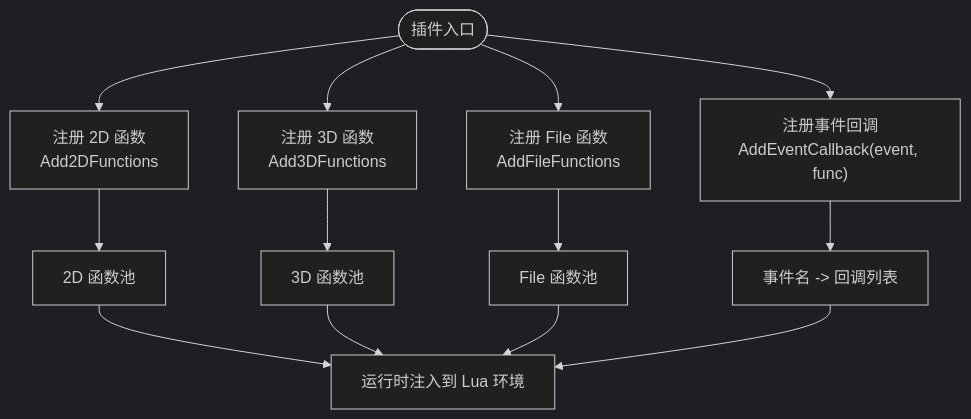
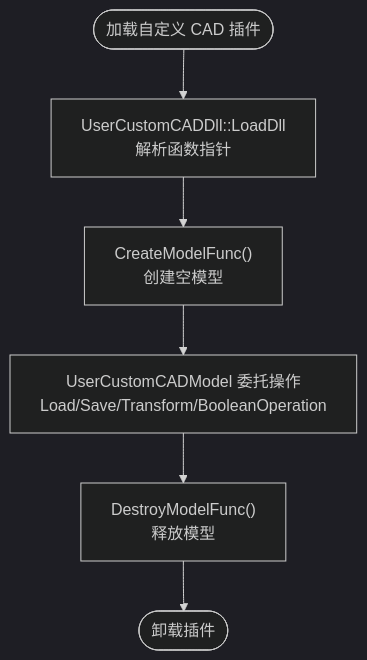
The fourth of 9 diagrams in .qoder/repowiki/zh/content/扩展开发指南/扩展开发指南.md (hsmbanlance/HsBaSlicer), drawn with Mermaid (dark theme) before and after one commit. The commit also changed other lines of this file and 1135 other files, not shown here.

````diff
--- a/.qoder/repowiki/zh/content/扩展开发指南/扩展开发指南.md
+++ b/.qoder/repowiki/zh/content/扩展开发指南/扩展开发指南.md
@@ -175,15 +188,8 @@
 ```mermaid
 flowchart TD
-Start(["插件入口"]) --> Reg2D["注册 2D 函数<br/>Add2DFunctions"]
-Start --> Reg3D["注册 3D 函数<br/>Add3DFunctions"]
-Start --> RegFile["注册 File 函数<br/>AddFileFunctions"]
-Start --> RegEvent["注册事件回调<br/>AddEventCallback(event, func)"]
-Reg2D --> Pool["2D 函数池"]
-Reg3D --> Pool3D["3D 函数池"]
-RegFile --> PoolFile["File 函数池"]
-RegEvent --> EventMap["事件名 -> 回调列表"]
-Pool --> Use["运行时注入到 Lua 环境"]
-Pool3D --> Use
-PoolFile --> Use
-EventMap --> Use
+Start(["加载自定义 CAD 插件"]) --> LoadDll["UserCustomCADDll::LoadDll<br/>解析函数指针"]
+LoadDll --> CreateModel["CreateModelFunc()<br/>创建空模型"]
+CreateModel --> UseModel["UserCustomCADModel 委托操作<br/>Load/Save/Transform/BooleanOperation"]
+UseModel --> DestroyModel["DestroyModelFunc()<br/>释放模型"]
+DestroyModel --> End(["卸载插件"])
 ```
````
